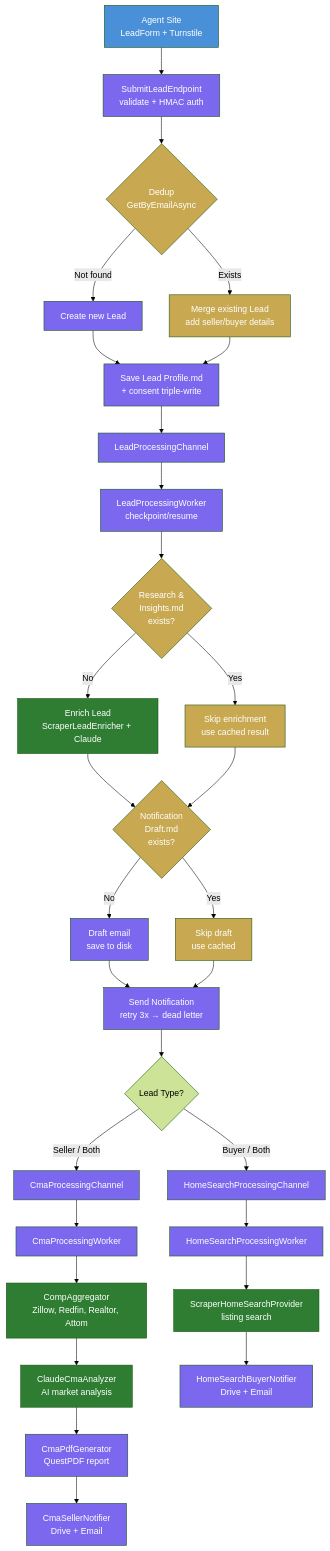
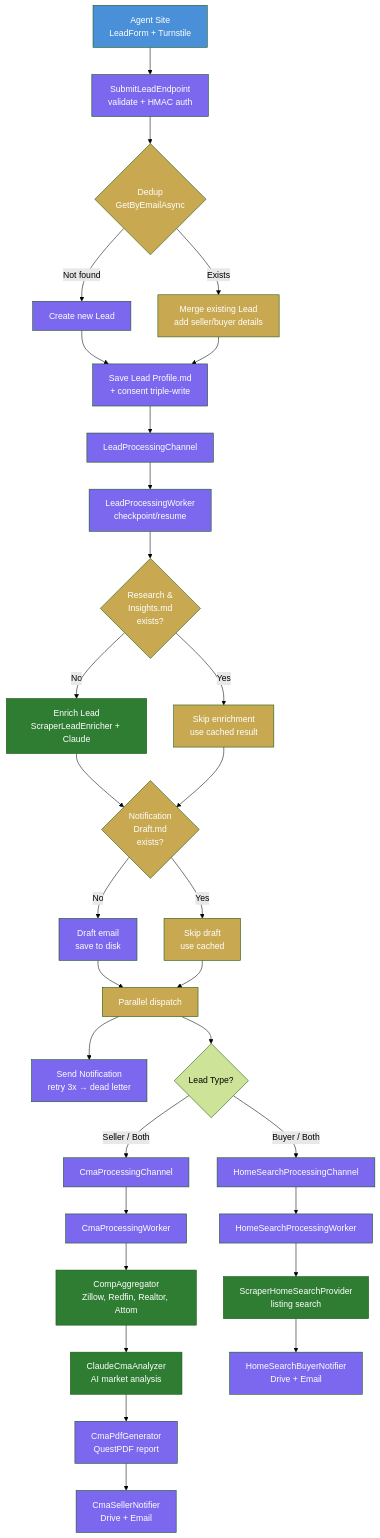
One commit to edward-rosado/jenisesells-website changed the diagram in docs/architecture/lead-processing-pipeline.md. Above: the diagram before and after it, drawn with Mermaid (forest theme).

Commit message:
docs: update pipeline diagram — parallel CMA/notification dispatch

```diff
--- a/docs/architecture/lead-processing-pipeline.md
+++ b/docs/architecture/lead-processing-pipeline.md
@@ -55,10 +55,12 @@
 
     CheckDraft -->|"No"| Draft
     CheckDraft -->|"Yes"| SkipDraft
-    Draft --> Notify
-    SkipDraft --> Notify
+    Draft --> Parallel
+    SkipDraft --> Parallel
 
-    Notify --> Decision
+    Parallel["Parallel dispatch"]
+    Parallel --> Notify
+    Parallel --> Decision
 
     Decision -->|"Seller / Both"| CmaCh
     Decision -->|"Buyer / Both"| HsCh
@@ -87,6 +89,7 @@
     style CheckDraft fill:#C8A951,color:#fff
     style Draft fill:#7B68EE,color:#fff
     style SkipDraft fill:#C8A951,color:#fff
+    style Parallel fill:#C8A951,color:#fff
     style Notify fill:#7B68EE,color:#fff
     style CmaCh fill:#7B68EE,color:#fff
     style CmaWorker fill:#7B68EE,color:#fff
```
